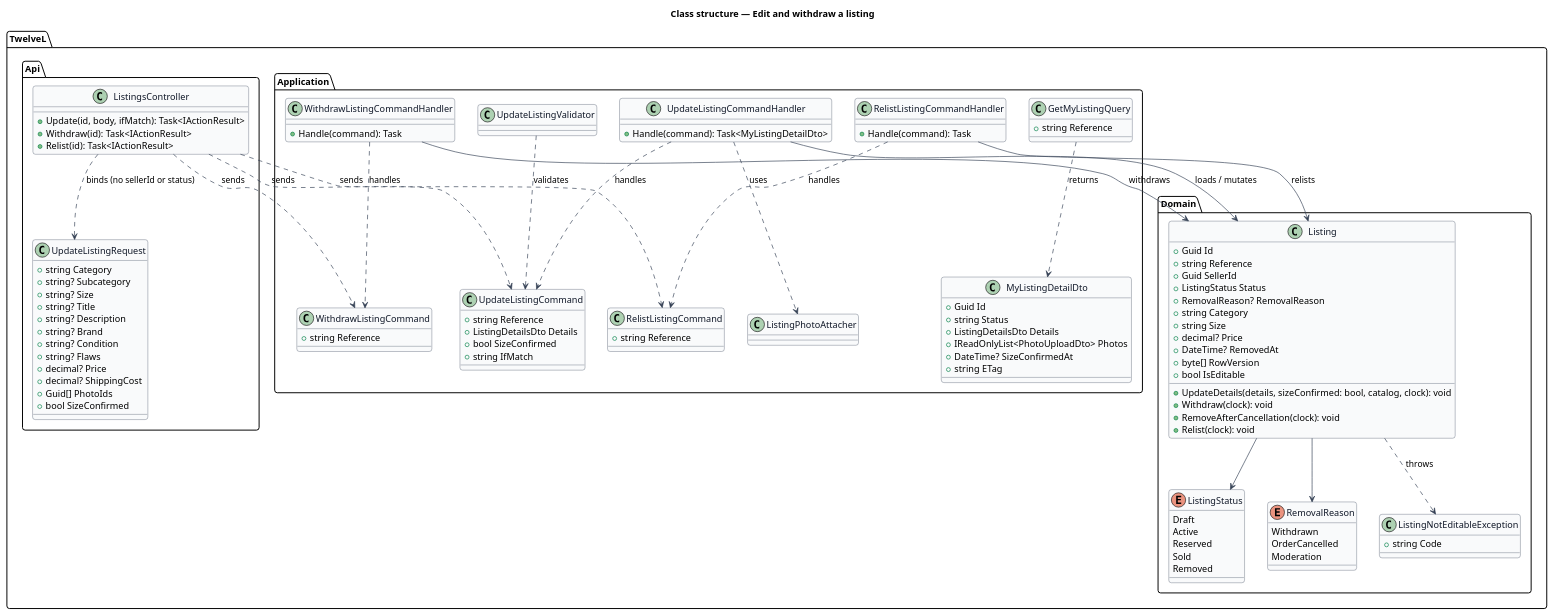
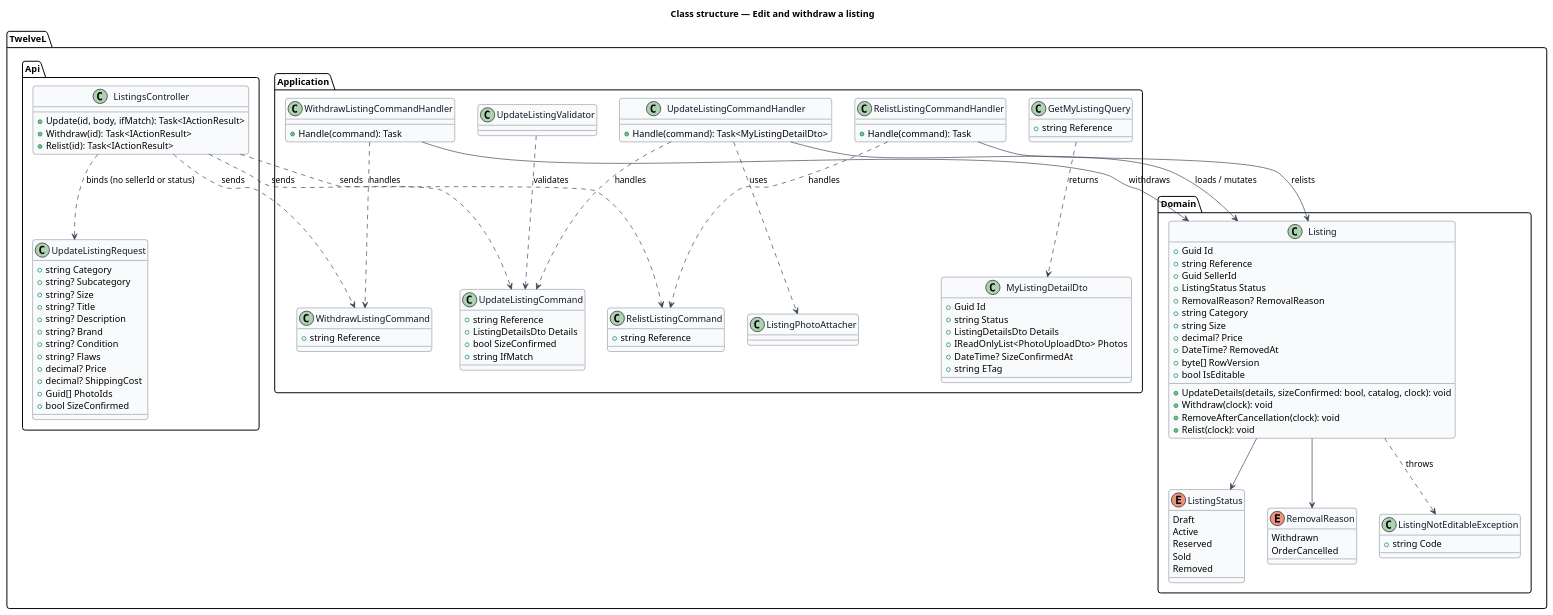
One commit to QuinntyneBrown/12l changed the diagram in docs/detailed-designs/listings/edit-and-withdraw-listing/diagrams/class-structure.puml. Above: the diagram before and after it, drawn with PlantUML. The commit also changed 379 other files, not shown here.

```diff
--- a/docs/detailed-designs/listings/edit-and-withdraw-listing/diagrams/class-structure.puml
+++ b/docs/detailed-designs/listings/edit-and-withdraw-listing/diagrams/class-structure.puml
@@ -1,124 +1,123 @@
 @startuml
 skinparam backgroundColor #FFFFFF
 skinparam shadowing false
 skinparam roundcorner 8
 skinparam defaultFontName Arial
 skinparam ArrowColor #344054
 skinparam class {
   BorderColor #344054
   FontColor #101828
   BackgroundColor #F9FAFB
 }
 title Class structure — Edit and withdraw a listing
 
 package "TwelveL.Domain" {
   enum ListingStatus {
     Draft
     Active
     Reserved
     Sold
     Removed
   }
   enum RemovalReason {
     Withdrawn
     OrderCancelled
-    Moderation
   }
   class Listing {
     +Guid Id
     +string Reference
     +Guid SellerId
     +ListingStatus Status
     +RemovalReason? RemovalReason
     +string Category
     +string Size
     +decimal? Price
     +DateTime? RemovedAt
     +byte[] RowVersion
     +bool IsEditable
     +UpdateDetails(details, sizeConfirmed: bool, catalog, clock): void
     +Withdraw(clock): void
     +RemoveAfterCancellation(clock): void
     +Relist(clock): void
   }
   class ListingNotEditableException {
     +string Code
   }
 }
 
 package "TwelveL.Application" {
   class GetMyListingQuery {
     +string Reference
   }
   class MyListingDetailDto {
     +Guid Id
     +string Status
     +ListingDetailsDto Details
     +IReadOnlyList<PhotoUploadDto> Photos
     +DateTime? SizeConfirmedAt
     +string ETag
   }
   class UpdateListingCommand {
     +string Reference
     +ListingDetailsDto Details
     +bool SizeConfirmed
     +string IfMatch
   }
   class WithdrawListingCommand {
     +string Reference
   }
   class RelistListingCommand {
     +string Reference
   }
   class UpdateListingCommandHandler {
     +Handle(command): Task<MyListingDetailDto>
   }
   class WithdrawListingCommandHandler {
     +Handle(command): Task
   }
   class RelistListingCommandHandler {
     +Handle(command): Task
   }
   class UpdateListingValidator
   class ListingPhotoAttacher
 }
 
 package "TwelveL.Api" {
   class ListingsController {
     +Update(id, body, ifMatch): Task<IActionResult>
     +Withdraw(id): Task<IActionResult>
     +Relist(id): Task<IActionResult>
   }
   class UpdateListingRequest {
     +string Category
     +string? Subcategory
     +string? Size
     +string? Title
     +string? Description
     +string? Brand
     +string? Condition
     +string? Flaws
     +decimal? Price
     +decimal? ShippingCost
     +Guid[] PhotoIds
     +bool SizeConfirmed
   }
 }
 
 ListingsController ..> UpdateListingRequest : binds (no sellerId or status)
 ListingsController ..> UpdateListingCommand : sends
 ListingsController ..> WithdrawListingCommand : sends
 ListingsController ..> RelistListingCommand : sends
 UpdateListingCommandHandler ..> UpdateListingCommand : handles
 UpdateListingCommandHandler --> Listing : loads / mutates
 UpdateListingCommandHandler ..> ListingPhotoAttacher : uses
 UpdateListingValidator ..> UpdateListingCommand : validates
 WithdrawListingCommandHandler ..> WithdrawListingCommand : handles
 WithdrawListingCommandHandler --> Listing : withdraws
 RelistListingCommandHandler ..> RelistListingCommand : handles
 RelistListingCommandHandler --> Listing : relists
 Listing --> ListingStatus
 Listing --> RemovalReason
 Listing ..> ListingNotEditableException : throws
 GetMyListingQuery ..> MyListingDetailDto : returns
 @enduml
```
